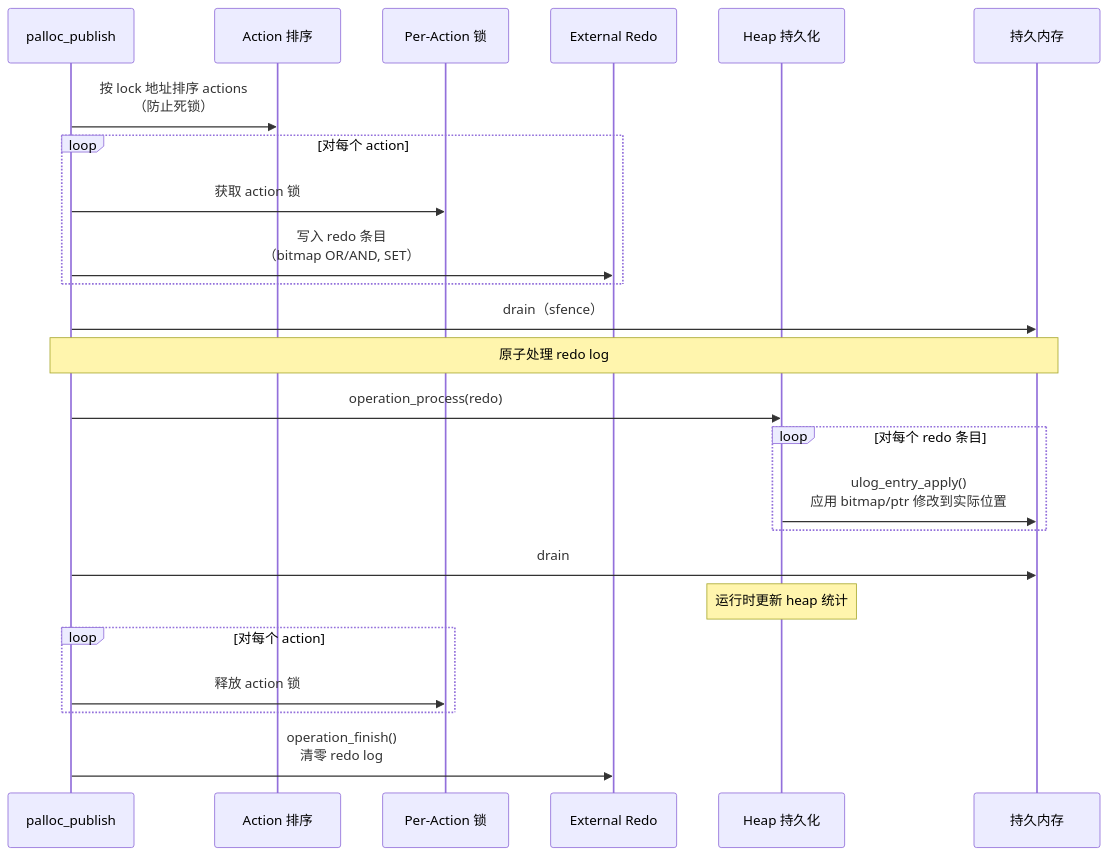
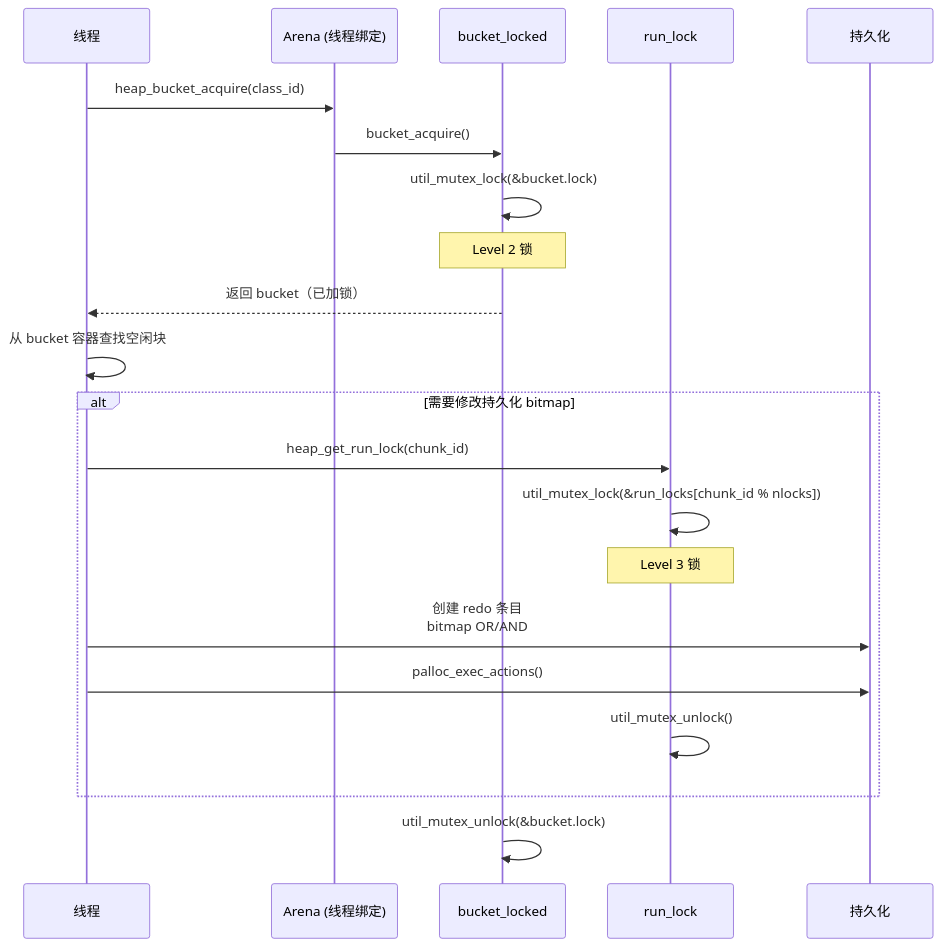
The sixth of 14 diagrams in Storage/daos/pmdk的一致性分析.md (carlvinhust2012/MyStudy), drawn with Mermaid before and after one commit. The commit also changed other lines of this file, not shown here.

````diff
--- a/Storage/daos/pmdk的一致性分析.md
+++ b/Storage/daos/pmdk的一致性分析.md
@@ -207,34 +290,30 @@
 ```mermaid
 sequenceDiagram
-    participant TX as palloc_publish
-    participant ACT as Action 排序
-    participant LOCK as Per-Action 锁
-    participant REDO as External Redo
-    participant HEAP as Heap 持久化
-    participant PMEM as 持久内存
+    participant T as 线程
+    participant ARENA as Arena (线程绑定)
+    participant BUCKET as bucket_locked
+    participant RLOCK as run_lock
+    participant PMEM as 持久化
 
-    TX->>ACT: 按 lock 地址排序 actions<br/>（防止死锁）
+    T->>ARENA: heap_bucket_acquire(class_id)
+    ARENA->>BUCKET: bucket_acquire()
+    BUCKET->>BUCKET: util_mutex_lock(&bucket.lock)
+    Note over BUCKET: Level 2 锁
 
-    loop 对每个 action
-        TX->>LOCK: 获取 action 锁
-        TX->>REDO: 写入 redo 条目<br/>（bitmap OR/AND, SET）
+    BUCKET-->>T: 返回 bucket（已加锁）
+
+    T->>T: 从 bucket 容器查找空闲块
+
+    alt 需要修改持久化 bitmap
+        T->>RLOCK: heap_get_run_lock(chunk_id)
+        RLOCK->>RLOCK: util_mutex_lock(&run_locks[chunk_id % nlocks])
+        Note over RLOCK: Level 3 锁
+
+        T->>PMEM: 创建 redo 条目<br/>bitmap OR/AND
+        T->>PMEM: palloc_exec_actions()
+
+        RLOCK->>RLOCK: util_mutex_unlock()
     end
 
-    TX->>PMEM: drain（sfence）
-
-    Note over TX,PMEM: 原子处理 redo log
-
-    TX->>HEAP: operation_process(redo)
-    loop 对每个 redo 条目
-        HEAP->>PMEM: ulog_entry_apply()<br/>应用 bitmap/ptr 修改到实际位置
-    end
-    TX->>PMEM: drain
-
-    Note over HEAP: 运行时更新 heap 统计
-
-    loop 对每个 action
-        TX->>LOCK: 释放 action 锁
-    end
-
-    TX->>REDO: operation_finish()<br/>清零 redo log
+    BUCKET->>BUCKET: util_mutex_unlock(&bucket.lock)
 ```
````
